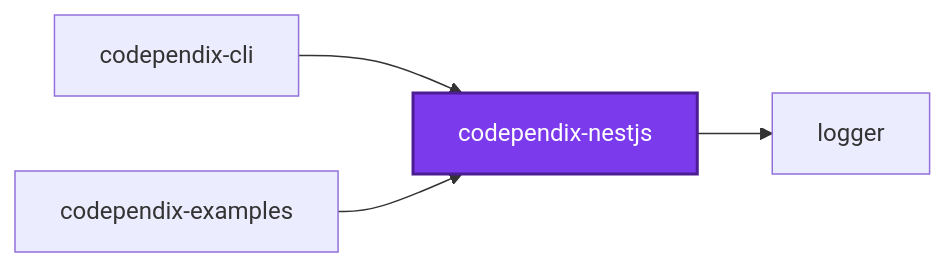
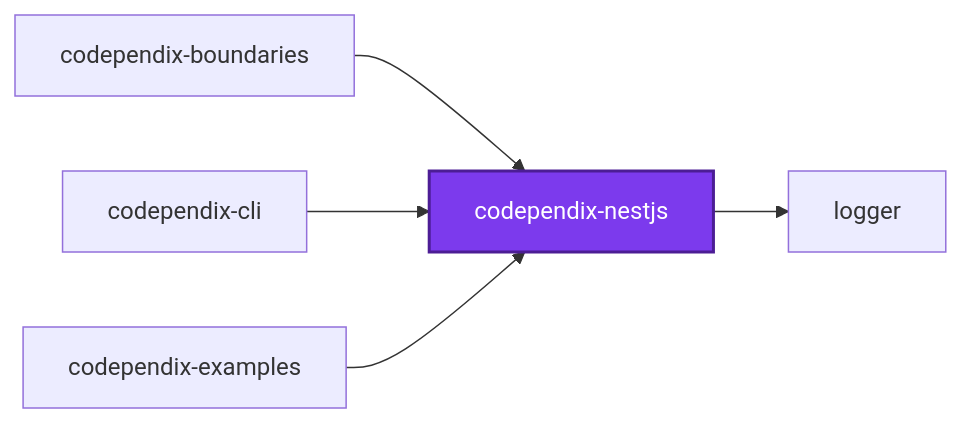
Before and after one commit to JimmyPaolini/codebase: the first of 3 diagrams in packages/codependix-nestjs/README.md, drawn with Mermaid. The commit also changed 19 other files, not shown here.

````diff
--- a/packages/codependix-nestjs/README.md
+++ b/packages/codependix-nestjs/README.md
@@ -14,12 +14,14 @@
 ```mermaid
 graph LR
+  codependix_boundaries["codependix-boundaries"]
   codependix_cli["codependix-cli"]
   codependix_examples["codependix-examples"]
   codependix_nestjs["codependix-nestjs"]
   logger["logger"]
+  codependix_boundaries --> codependix_nestjs
   codependix_cli --> codependix_nestjs
   codependix_examples --> codependix_nestjs
   codependix_nestjs --> logger
   classDef subject fill:#7c3aed,color:#fff,stroke:#4c1d95,stroke-width:2px
   class codependix_nestjs subject
 ```
````
